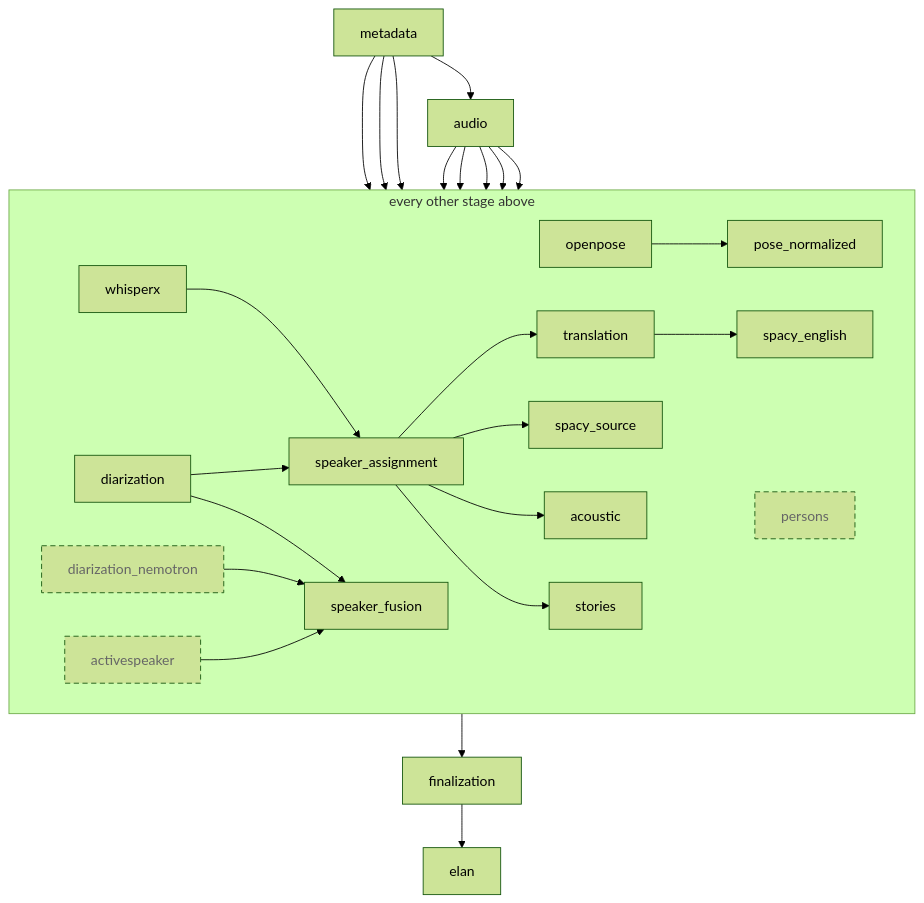
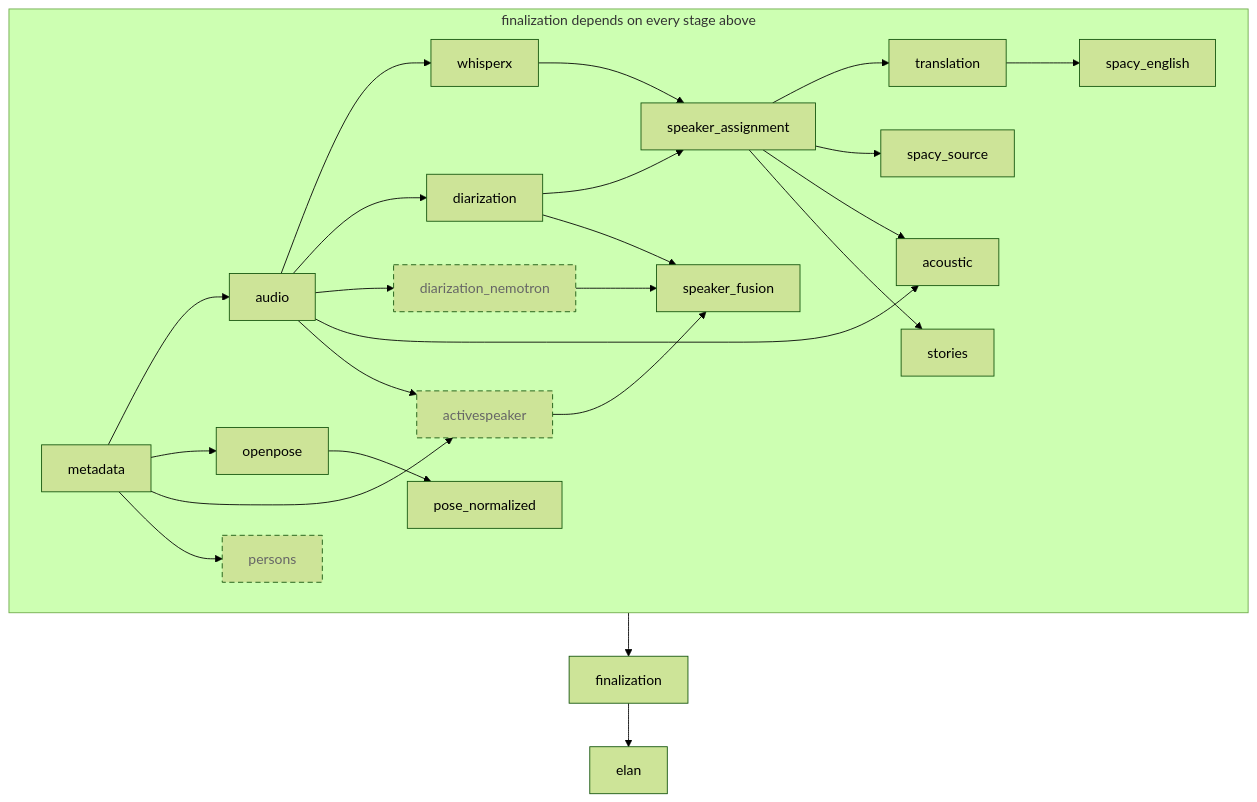
Before and after one commit to RaulKite/storytell-pipeline: the second of 4 diagrams in docs/architecture.md, drawn with Mermaid (forest theme). The commit also changed other lines of this file and 4 other files, not shown here.

First line of the commit message:
docs: correct walkthrough scoping, diarizer joins and diagram edges after review

````diff
--- a/docs/architecture.md
+++ b/docs/architecture.md
@@ -59,22 +58,23 @@
 ```mermaid
 flowchart TD
     metadata --> audio & openpose & activespeaker & persons
     audio --> whisperx & diarization & diarization_nemotron & acoustic & activespeaker
     openpose --> pose_normalized
     whisperx --> speaker_assignment
     diarization --> speaker_assignment & speaker_fusion
     diarization_nemotron --> speaker_fusion
     activespeaker --> speaker_fusion
     speaker_assignment --> translation & spacy_source & acoustic & stories
     translation --> spacy_english
-    subgraph producers["every other stage above"]
+    subgraph deps["finalization depends on every stage above"]
         direction LR
-        whisperx; diarization; diarization_nemotron; speaker_assignment; translation
-        spacy_source; spacy_english; acoustic; openpose; pose_normalized
-        activespeaker; persons; speaker_fusion; stories
+        metadata; audio; whisperx; diarization; diarization_nemotron
+        speaker_assignment; translation; spacy_source; spacy_english
+        acoustic; openpose; pose_normalized; activespeaker; persons
+        speaker_fusion; stories
     end
-    producers --> finalization
+    deps --> finalization
     finalization --> elan
     classDef optional stroke-dasharray: 6 4,color:#666
     class diarization_nemotron,activespeaker,persons optional
 ```
````
